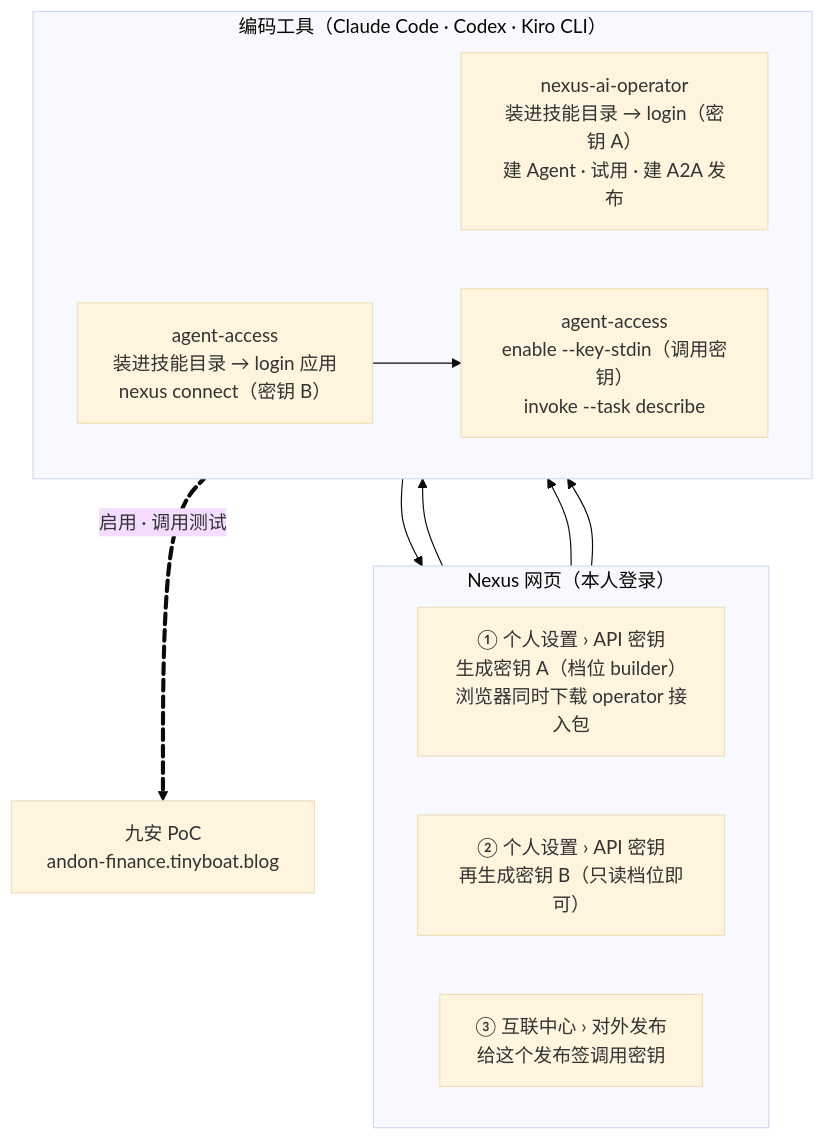
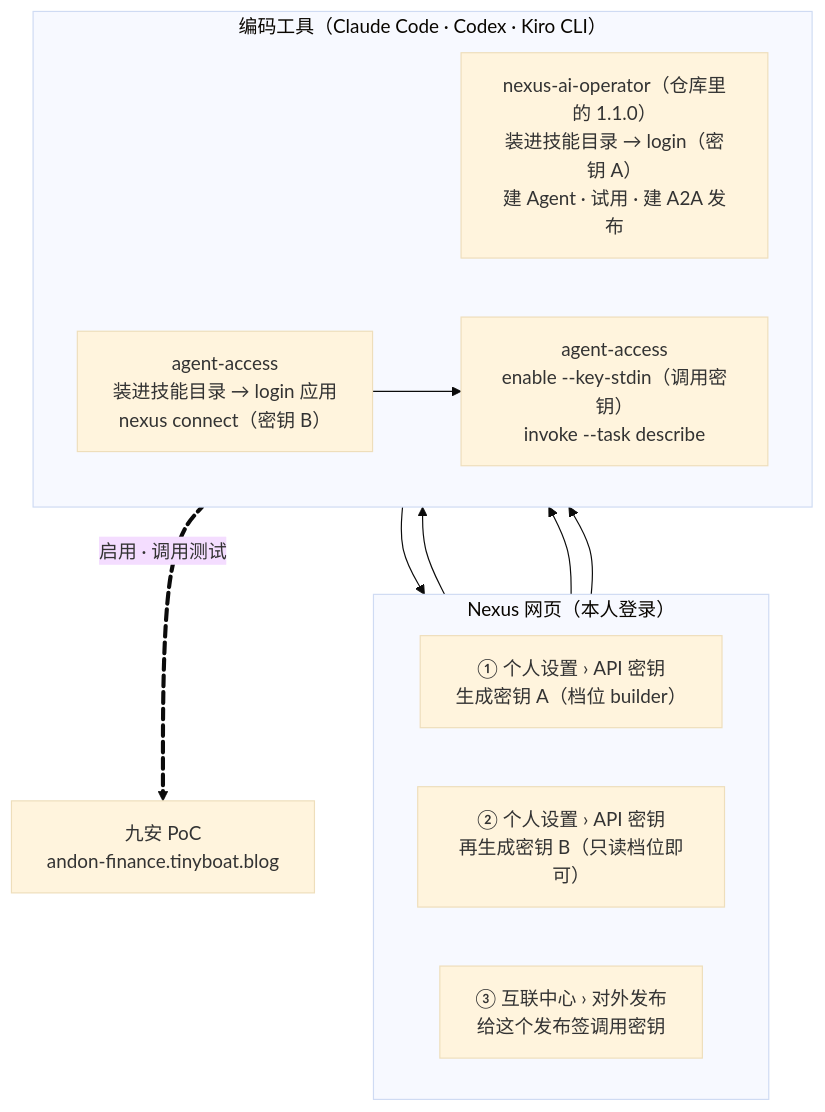
The diagram in docs/assets/diagrams/skills-setup.mmd (LiboMa/nexus-jiuan-agent-framework-poc), drawn with Mermaid (base theme) before and after one commit. The commit also changed 118 other files, not shown here.

```diff
--- a/docs/assets/diagrams/skills-setup.mmd
+++ b/docs/assets/diagrams/skills-setup.mmd
@@ -1,24 +1,24 @@
 flowchart TB
   subgraph web["Nexus 网页（本人登录）"]
     direction LR
-    k1["① 个人设置 › API 密钥<br/>生成密钥 A（档位 builder）<br/>浏览器同时下载 operator 接入包"]
+    k1["① 个人设置 › API 密钥<br/>生成密钥 A（档位 builder）"]
     k2["② 个人设置 › API 密钥<br/>再生成密钥 B（只读档位即可）"]
     k3["③ 互联中心 › 对外发布<br/>给这个发布签调用密钥"]
   end
   subgraph tool["编码工具（Claude Code · Codex · Kiro CLI）"]
     direction LR
-    op["nexus-ai-operator<br/>装进技能目录 → login（密钥 A）<br/>建 Agent · 试用 · 建 A2A 发布"]
+    op["nexus-ai-operator（仓库里的 1.1.0）<br/>装进技能目录 → login（密钥 A）<br/>建 Agent · 试用 · 建 A2A 发布"]
     aa["agent-access<br/>装进技能目录 → login 应用<br/>nexus connect（密钥 B）"]
     en["agent-access<br/>enable --key-stdin（调用密钥）<br/>invoke --task describe"]
   end
   app["九安 PoC<br/>andon-finance.tinyboat.blog"]
   k1 --> op
   op --> k3
   k2 --> aa
   k3 --> en
   aa --> en
   en e1@== 启用 · 调用测试 ==> app
   e1@{ animate: true }
   class k1,k2,k3 warn
   class op,aa,en poc
   class app jiuan
```
